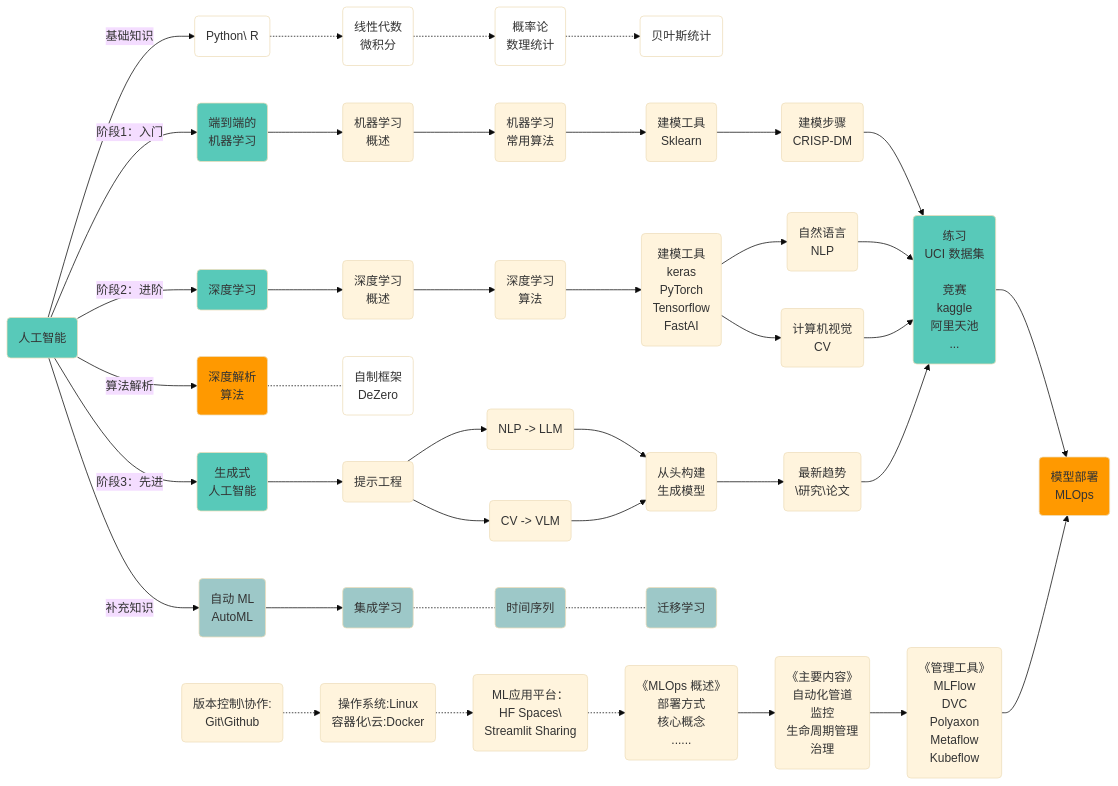
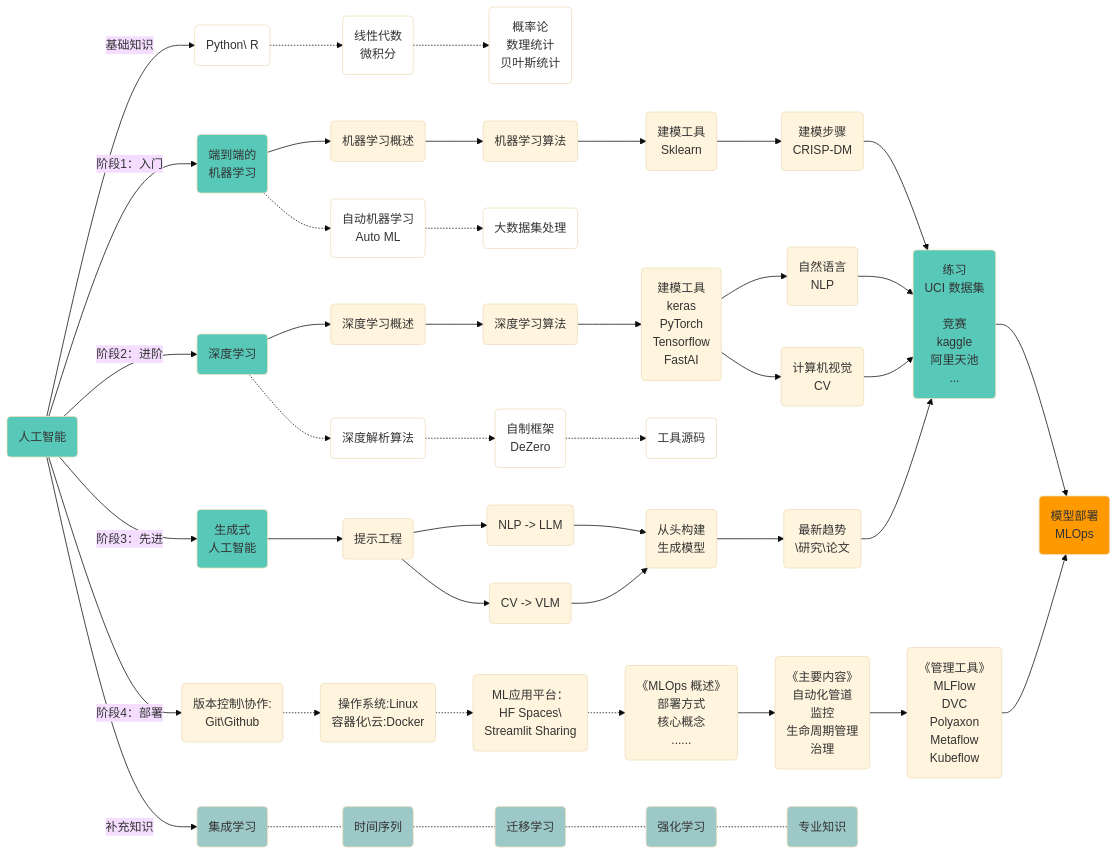
One commit to wenwangjain/wenwangjain.github.io changed the diagram in content/docs/ai/_index.zh-cn.md. Above: the diagram before and after it, drawn with Mermaid (base theme). The commit also changed other lines of this file, not shown here.

````diff
--- a/content/docs/ai/_index.zh-cn.md
+++ b/content/docs/ai/_index.zh-cn.md
@@ -72,37 +14,38 @@
 ```mermaid
 
 flowchart LR
 
     classDef someclassA fill:#58C9B9
     classDef someclassB fill:#9DC8C8
     classDef someclassC fill:#f100,stroke-width:1px
     classDef someclassD fill:#a3c9c7
     classDef someclassE fill:#fff,stroke:#fff,color:#fff
     classDef someclassF fill:#ff9900
 
     A(人工智能):::someclassA 
     
-    A -- 基础知识 --> B1(Python\ R):::someclassC -.-> B2(线性代数<br>微积分):::someclassC -.-> B3(概率论<br>数理统计):::someclassC -.-> B4(贝叶斯统计):::someclassC
+    A -- 基础知识 --> B1(Python\ R):::someclassC -.-> B2(线性代数<br>微积分):::someclassC -.-> B3(概率论<br>数理统计<br>贝叶斯统计):::someclassC
 
-    A -- 阶段1：入门 --> C(端到端的<br>机器学习):::someclassA --> C12(机器学习<br>概述) --> C13(机器学习<br>常用算法) --> C14(建模工具<br>Sklearn) --> C15(建模步骤<br>CRISP-DM) --> Y
+    A -- 阶段1：入门 --> C(端到端的<br>机器学习):::someclassA --> C12(机器学习概述) --> C13(机器学习算法) --> C14(建模工具<br>Sklearn) --> C15(建模步骤<br>CRISP-DM) --> Y
+        C -.-> C21(自动机器学习<br>Auto ML):::someclassC -.-> C22(大数据集处理):::someclassC
 
-    A -- 阶段2：进阶 --> D(深度学习):::someclassA --> D11(深度学习<br>概述) --> D12(深度学习<br>算法) --> D13(建模工具<br>keras<br>PyTorch<br>Tensorflow<br>FastAI) 
+    A -- 阶段2：进阶 --> D(深度学习):::someclassA --> D11(深度学习概述) --> D12(深度学习算法) --> D13(建模工具<br>keras<br>PyTorch<br>Tensorflow<br>FastAI)
+        D -.-> D21(深度解析算法):::someclassC -.-> D22(自制框架<br>DeZero):::someclassC -.-> D23(工具源码):::someclassC
         D13 --> D141(自然语言<br>NLP) --> Y
         D13 --> D142(计算机视觉<br>CV) --> Y
-
-    A -- 算法解析 --> E21(深度解析<br>算法):::someclassF  -.- E22(自制框架<br>DeZero):::someclassC
 
     A -- 阶段3：先进 --> F(生成式<br>人工智能):::someclassA --> F1(提示工程)
         F3(从头构建<br>生成模型) --> F4(最新趋势<br>\研究\论文) --> Y
         F1 --> F21(NLP -> LLM) --> F3
         F1 --> F22(CV -> VLM) --> F3
 
-    A -- 补充知识 --> G1(自动 ML<br>AutoML):::someclassB --> G2(集成学习):::someclassB -.- G3(时间序列):::someclassB -.- G4(迁移学习):::someclassB 
-
     Y(练习<br>UCI 数据集<br><br>竞赛<br>kaggle<br>阿里天池<br>...):::someclassA --> Z
 
+    A -- 阶段4：部署 --> Z1
     Z(模型部署<br>MLOps):::someclassF
     Z1(版本控制\协作:<br>Git\Github) -.-> Z12(操作系统:Linux<br>容器化\云:Docker) -.->  Z13(ML应用平台：<br>HF Spaces\<br>Streamlit Sharing) -.-> Z2(《MLOps 概述》<br>部署方式<br>核心概念<br>......) --> Z3(《主要内容》<br>自动化管道<br>监控<br>生命周期管理<br>治理) --> Z4(《管理工具》<br>MLFlow<br>DVC<br>Polyaxon<br>Metaflow<br>Kubeflow)
     Z4 --> Z
 
+    A -- 补充知识 --> G1(集成学习):::someclassB -.- G2(时间序列):::someclassB -.- G3(迁移学习):::someclassB -.- G4(强化学习):::someclassB -.- G5(专业知识):::someclassB
+
 ```
````
